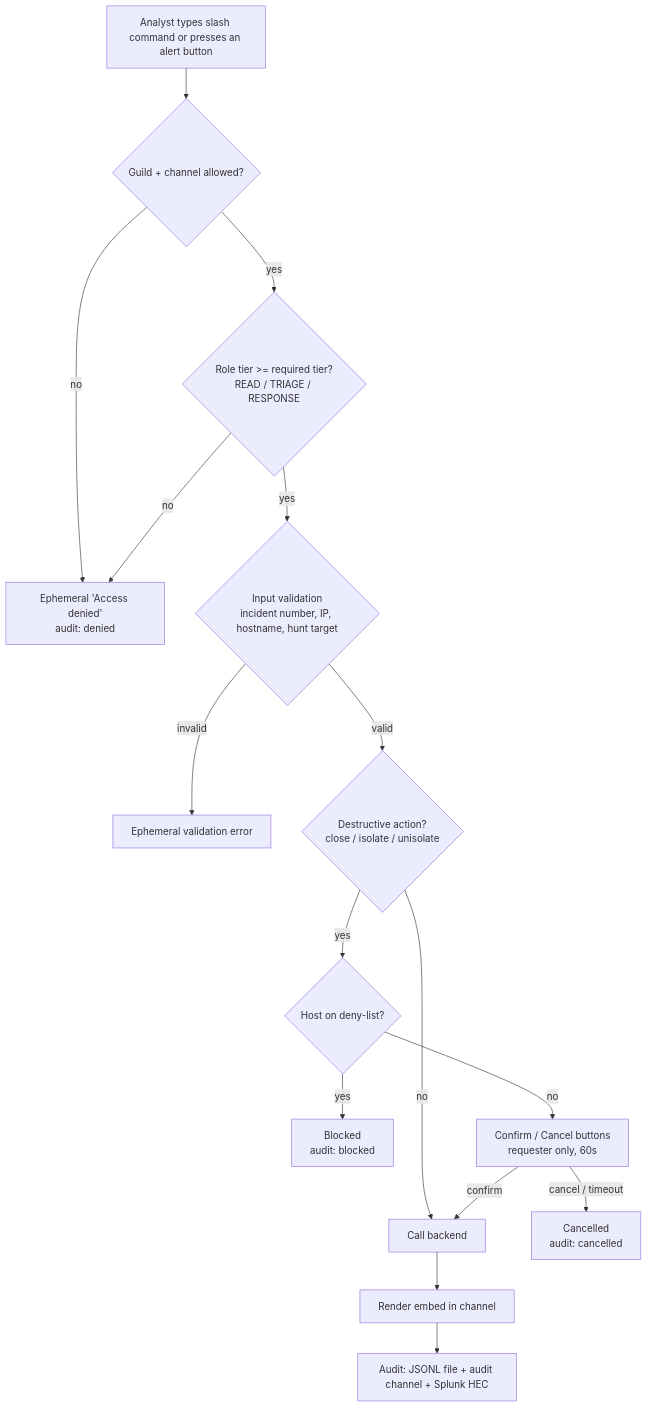
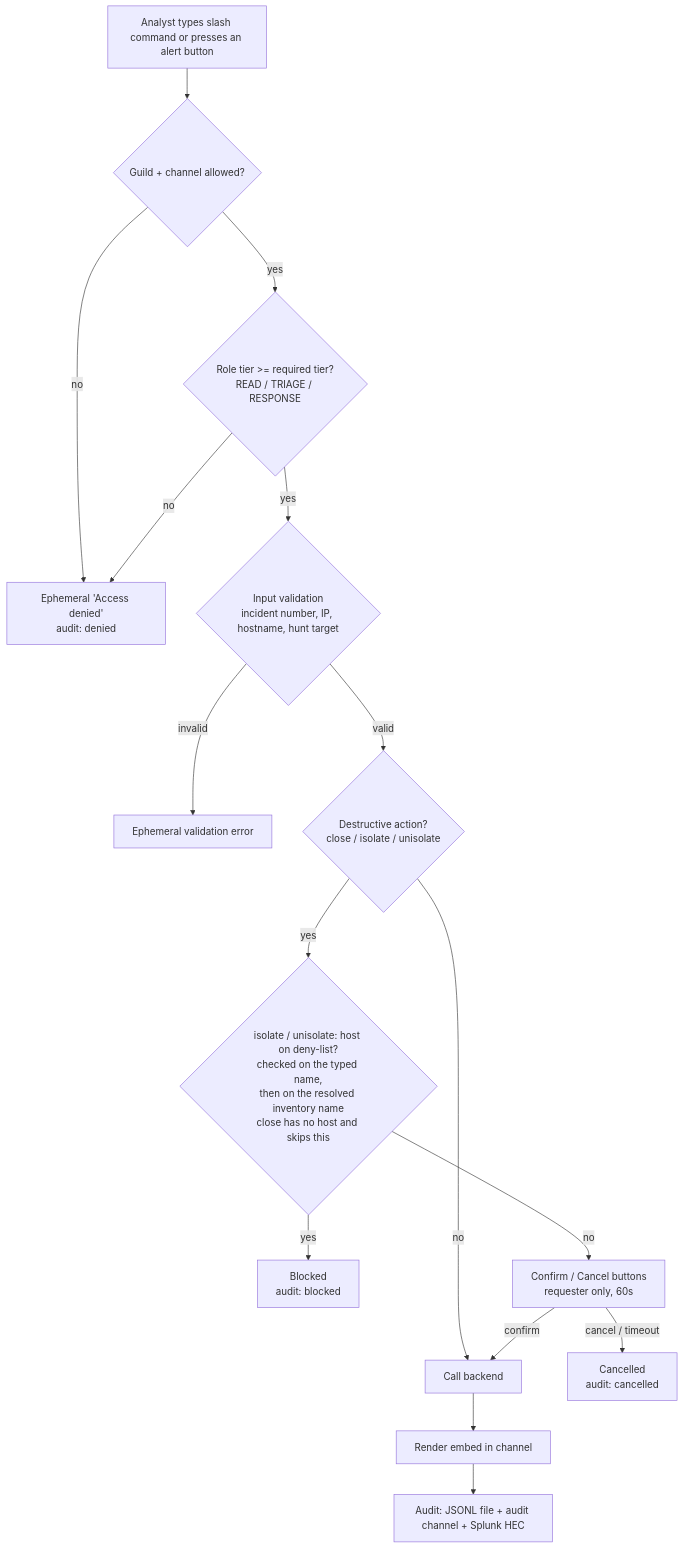
The first of 4 diagrams in docs/flowchart.md (MustafaS14/SOC_Automation_Bot), drawn with Mermaid before and after one commit. The commit also changed 21 other files, not shown here.

First line of the commit message:
Apply deny-list to unisolate, harden mock mode and config, escape Splunk text, add command tests

````diff
--- a/docs/flowchart.md
+++ b/docs/flowchart.md
@@ -7,18 +7,18 @@
 ```mermaid
 flowchart TD
     A[Analyst types slash command or presses an alert button] --> B{Guild + channel allowed?}
     B -- no --> X[Ephemeral 'Access denied'<br/>audit: denied]
     B -- yes --> C{Role tier >= required tier?<br/>READ / TRIAGE / RESPONSE}
     C -- no --> X
     C -- yes --> D{Input validation<br/>incident number, IP, hostname, hunt target}
     D -- invalid --> Y[Ephemeral validation error]
     D -- valid --> E{Destructive action?<br/>close / isolate / unisolate}
     E -- no --> F[Call backend]
-    E -- yes --> G{Host on deny-list?}
+    E -- yes --> G{isolate / unisolate: host on deny-list?<br/>checked on the typed name,<br/>then on the resolved inventory name<br/>close has no host and skips this}
     G -- yes --> Z[Blocked<br/>audit: blocked]
     G -- no --> H[Confirm / Cancel buttons<br/>requester only, 60s]
     H -- cancel / timeout --> W[Cancelled<br/>audit: cancelled]
     H -- confirm --> F
     F --> I[Render embed in channel]
     I --> J[Audit: JSONL file + audit channel + Splunk HEC]
 ```
````
